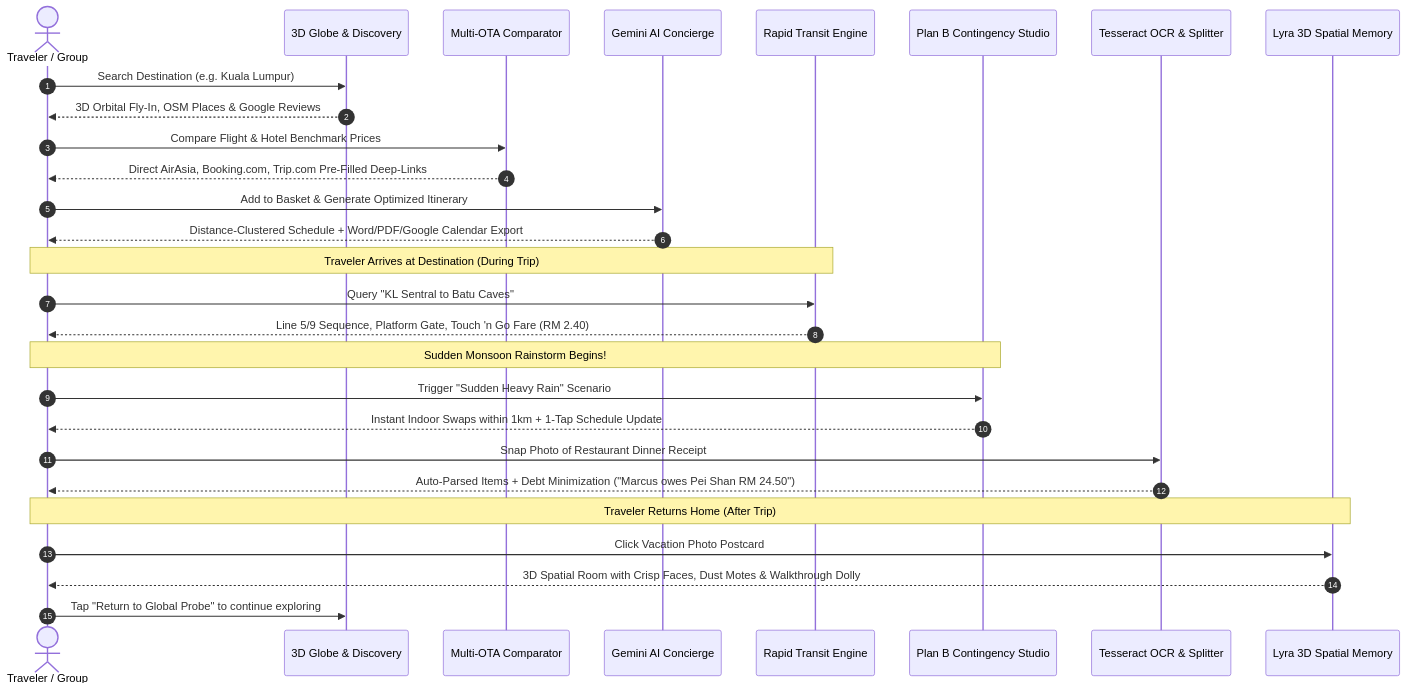
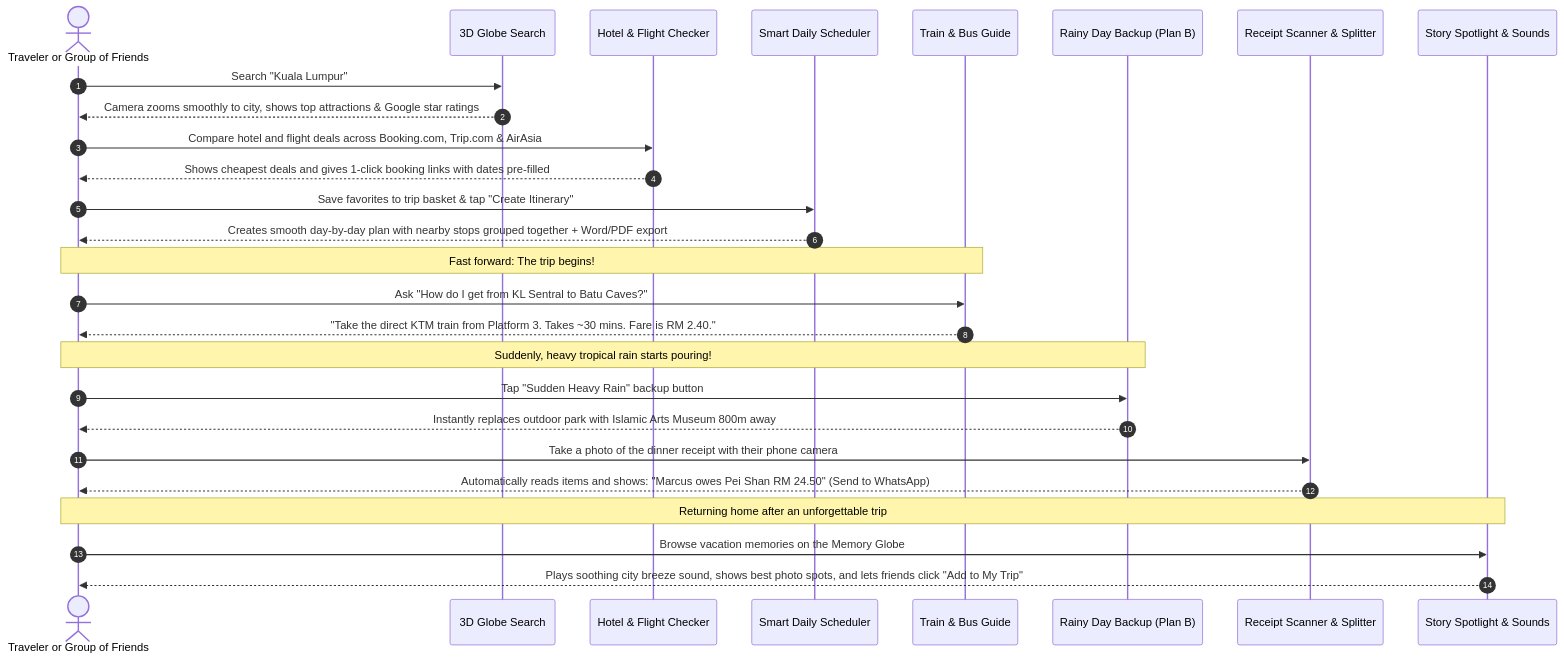
The fourth of 15 diagrams in README.md (sharonxinn/Plan_Trip), drawn with Mermaid before and after one commit. The commit also changed other lines of this file and 21 other files, not shown here.

````diff
--- a/README.md
+++ b/README.md
@@ -241,31 +246,30 @@
 ```mermaid
 sequenceDiagram
     autonumber
-    actor Traveler as Traveler / Group
-    participant Globe as 3D Globe & Discovery
-    participant Meta as Multi-OTA Comparator
-    participant AI as Gemini AI Concierge
-    participant Transit as Rapid Transit Engine
-    participant PlanB as Plan B Contingency Studio
-    participant OCR as Tesseract OCR & Splitter
-    participant Lyra as Lyra 3D Spatial Memory
+    actor Traveler as Traveler or Group of Friends
+    participant Globe as 3D Globe Search
+    participant Compare as Hotel & Flight Checker
+    participant Assistant as Smart Daily Scheduler
+    participant Transit as Train & Bus Guide
+    participant PlanB as Rainy Day Backup (Plan B)
+    participant Receipt as Receipt Scanner & Splitter
+    participant Memories as Story Spotlight & Sounds
 
-    Traveler->>Globe: Search Destination (e.g. Kuala Lumpur)
-    Globe-->>Traveler: 3D Orbital Fly-In, OSM Places & Google Reviews
-    Traveler->>Meta: Compare Flight & Hotel Benchmark Prices
-    Meta-->>Traveler: Direct AirAsia, Booking.com, Trip.com Pre-Filled Deep-Links
-    Traveler->>AI: Add to Basket & Generate Optimized Itinerary
-    AI-->>Traveler: Distance-Clustered Schedule + Word/PDF/Google Calendar Export
-    Note over Traveler,Transit: Traveler Arrives at Destination (During Trip)
-    Traveler->>Transit: Query "KL Sentral to Batu Caves"
-    Transit-->>Traveler: Line 5/9 Sequence, Platform Gate, Touch 'n Go Fare (RM 2.40)
-    Note over Traveler,PlanB: Sudden Monsoon Rainstorm Begins!
-    Traveler->>PlanB: Trigger "Sudden Heavy Rain" Scenario
-    PlanB-->>Traveler: Instant Indoor Swaps within 1km + 1-Tap Schedule Update
-    Traveler->>OCR: Snap Photo of Restaurant Dinner Receipt
-    OCR-->>Traveler: Auto-Parsed Items + Debt Minimization ("Marcus owes Pei Shan RM 24.50")
-    Note over Traveler,Lyra: Traveler Returns Home (After Trip)
-    Traveler->>Lyra: Click Vacation Photo Postcard
-    Lyra-->>Traveler: 3D Spatial Room with Crisp Faces, Dust Motes & Walkthrough Dolly
-    Traveler->>Globe: Tap "Return to Global Probe" to continue exploring
+    Traveler->>Globe: Search "Kuala Lumpur"
+    Globe-->>Traveler: Camera zooms smoothly to city, shows top attractions & Google star ratings
+    Traveler->>Compare: Compare hotel and flight deals across Booking.com, Trip.com & AirAsia
+    Compare-->>Traveler: Shows cheapest deals and gives 1-click booking links with dates pre-filled
+    Traveler->>Assistant: Save favorites to trip basket & tap "Create Itinerary"
+    Assistant-->>Traveler: Creates smooth day-by-day plan with nearby stops grouped together + Word/PDF export
+    Note over Traveler,Transit: Fast forward: The trip begins!
+    Traveler->>Transit: Ask "How do I get from KL Sentral to Batu Caves?"
+    Transit-->>Traveler: "Take the direct KTM train from Platform 3. Takes ~30 mins. Fare is RM 2.40."
+    Note over Traveler,PlanB: Suddenly, heavy tropical rain starts pouring!
+    Traveler->>PlanB: Tap "Sudden Heavy Rain" backup button
+    PlanB-->>Traveler: Instantly replaces outdoor park with Islamic Arts Museum 800m away
+    Traveler->>Receipt: Take a photo of the dinner receipt with their phone camera
+    Receipt-->>Traveler: Automatically reads items and shows: "Marcus owes Pei Shan RM 24.50" (Send to WhatsApp)
+    Note over Traveler,Memories: Returning home after an unforgettable trip
+    Traveler->>Memories: Browse vacation memories on the Memory Globe
+    Memories-->>Traveler: Plays soothing city breeze sound, shows best photo spots, and lets friends click "Add to My Trip"
 ```
````
